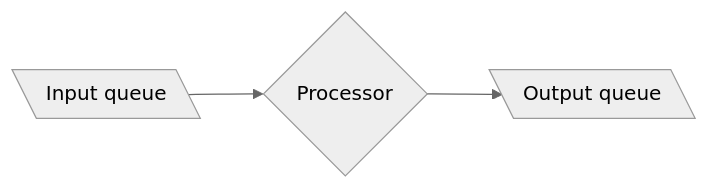
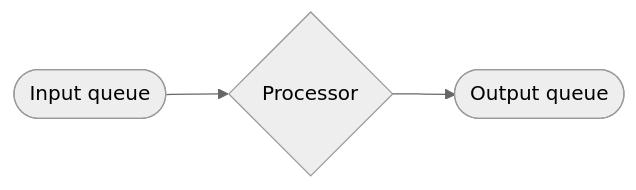
The first of 2 diagrams in README.md (stevana/elastically-scalable-thread-pools), drawn with Mermaid (neutral theme) before and after one commit. The commit also changed other lines of this file, not shown here.

Commit message:
More diagrams for motivation.

````diff
--- a/README.md
+++ b/README.md
@@ -12,4 +12,4 @@
 ```mermaid
 flowchart LR
-    I[\Input queue\] --> P{Processor} --> O[\Output queue\]
+    I([Input queue]) --> P{Processor} --> O([Output queue])
 ```
````
